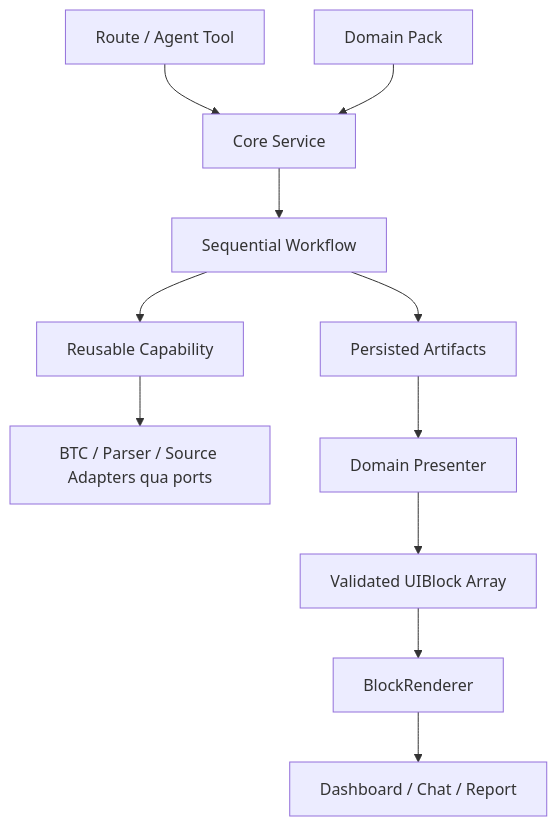
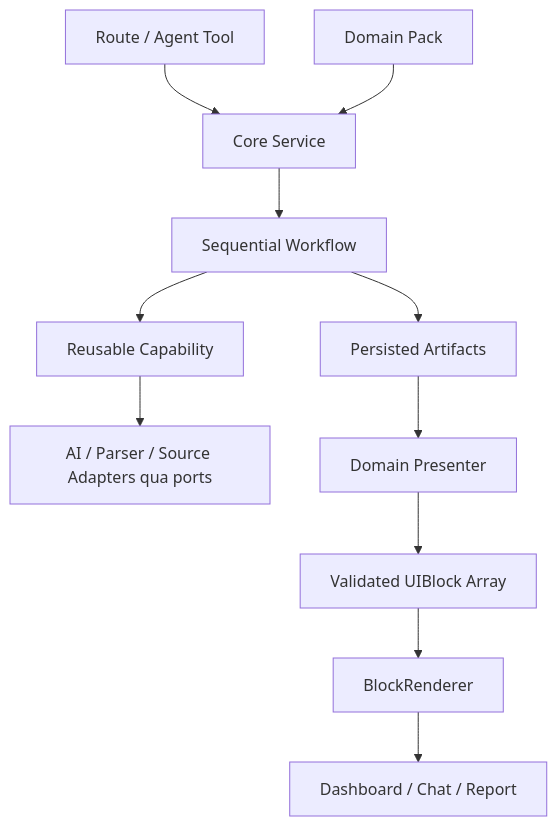
Before and after one commit to baominh5xx2/template-codesdas: the diagram in docs/superpowers/specs/2026-10-05-hackathon-plug-and-play-design.md, drawn with Mermaid. The commit also changed other lines of this file and 6 other files, not shown here.

````diff
--- a/docs/superpowers/specs/2026-10-05-hackathon-plug-and-play-design.md
+++ b/docs/superpowers/specs/2026-10-05-hackathon-plug-and-play-design.md
@@ -46,13 +46,13 @@
 ```mermaid
 flowchart TD
   ROUTE[Route / Agent Tool] --> SERVICE[Core Service]
   PACK[Domain Pack] --> SERVICE
   SERVICE --> WORKFLOW[Sequential Workflow]
   WORKFLOW --> CAP[Reusable Capability]
-  CAP --> IO[BTC / Parser / Source Adapters qua ports]
+  CAP --> IO[AI / Parser / Source Adapters qua ports]
   WORKFLOW --> ART[Persisted Artifacts]
   ART --> PRESENTER[Domain Presenter]
   PRESENTER --> BLOCKS[Validated UIBlock Array]
   BLOCKS --> RENDER[BlockRenderer]
   RENDER --> UI[Dashboard / Chat / Report]
 ```
````
